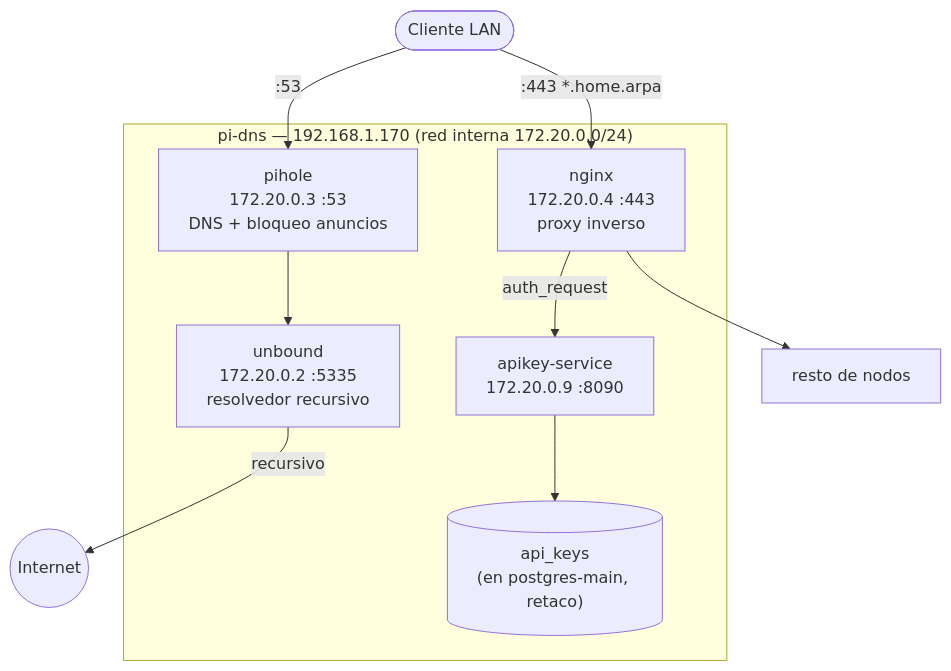
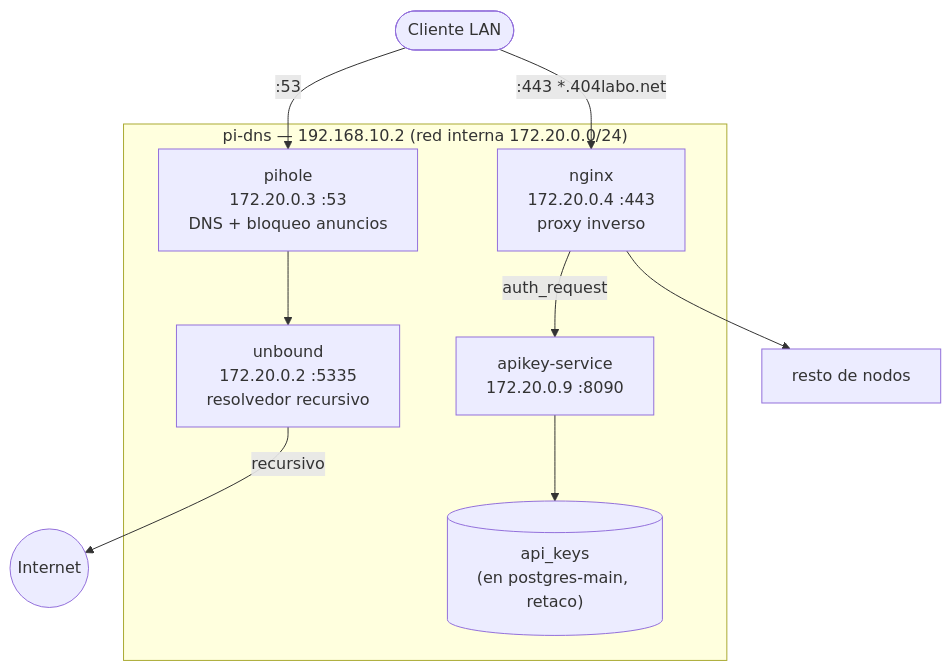
One commit to impalah/homelab-cluster changed the first of 2 diagrams in docs/06-instalacion-pi1-dns.md. Above: the diagram before and after it, drawn with Mermaid. The commit also changed other lines of this file and 41 other files, not shown here.

````diff
--- a/docs/06-instalacion-pi1-dns.md
+++ b/docs/06-instalacion-pi1-dns.md
@@ -16,19 +16,19 @@
 ```mermaid
 flowchart TB
-    subgraph pidns["pi-dns — 192.168.1.170 (red interna 172.20.0.0/24)"]
+    subgraph pidns["pi-dns — 192.168.10.2 (red interna 172.20.0.0/24)"]
         UNBOUND["unbound\n172.20.0.2 :5335\nresolvedor recursivo"]
         PIHOLE["pihole\n172.20.0.3 :53\nDNS + bloqueo anuncios"]
         NGINX["nginx\n172.20.0.4 :443\nproxy inverso"]
         APIKEY["apikey-service\n172.20.0.9 :8090"]
         DB[("api_keys\n(en postgres-main, retaco)")]
     end
 
     Client(["Cliente LAN"]) -->|":53"| PIHOLE
     PIHOLE --> UNBOUND
     UNBOUND -->|recursivo| Internet((Internet))
 
-    Client -->|":443 *.home.arpa"| NGINX
+    Client -->|":443 *.404labo.net"| NGINX
     NGINX -->|"auth_request"| APIKEY
     APIKEY --> DB
     NGINX --> Backends["resto de nodos"]
 ```
````
